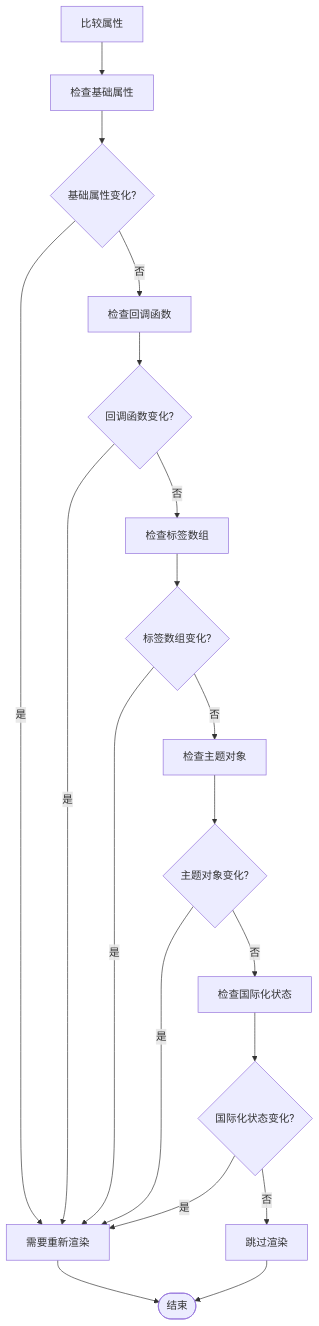
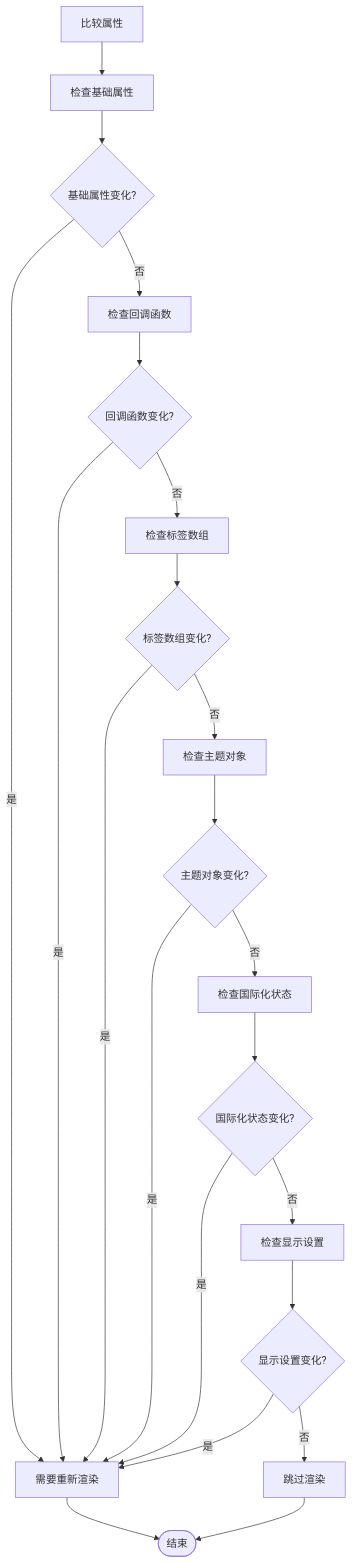
Diagram 11 of 13 in doc/repowiki/zh/content/UI 组件/核心组件/MediaCard 媒体卡片组件.md (YLee9527/Medex), drawn with Mermaid before and after one commit. The commit also changed other lines of this file and 31 other files, not shown here.

First line of the commit message:
docs(doc): 添加部署脚本、锁屏功能、发布指南及设置按钮图标文档

````diff
--- a/doc/repowiki/zh/content/UI 组件/核心组件/MediaCard 媒体卡片组件.md
+++ b/doc/repowiki/zh/content/UI 组件/核心组件/MediaCard 媒体卡片组件.md
@@ -473,21 +695,24 @@
 ```mermaid
 flowchart TD
 CompareProps[比较属性] --> CheckBasic["检查基础属性"]
 CheckBasic --> BasicChanged{"基础属性变化?"}
 BasicChanged --> |是| NeedReRender[需要重新渲染]
 BasicChanged --> |否| CheckCallbacks["检查回调函数"]
 CheckCallbacks --> CallbackChanged{"回调函数变化?"}
 CallbackChanged --> |是| NeedReRender
 CallbackChanged --> |否| CheckTags["检查标签数组"]
 CheckTags --> TagsChanged{"标签数组变化?"}
 TagsChanged --> |是| NeedReRender
 TagsChanged --> |否| CheckTheme["检查主题对象"]
 CheckTheme --> ThemeChanged{"主题对象变化?"}
 ThemeChanged --> |是| NeedReRender
 ThemeChanged --> |否| CheckI18n["检查国际化状态"]
 CheckI18n --> I18nChanged{"国际化状态变化?"}
 I18nChanged --> |是| NeedReRender
-I18nChanged --> |否| SkipRender[跳过渲染]
+I18nChanged --> |否| CheckDisplay["检查显示设置"]
+CheckDisplay --> DisplayChanged{"显示设置变化?"}
+DisplayChanged --> |是| NeedReRender
+DisplayChanged --> |否| SkipRender[跳过渲染]
 NeedReRender --> End([结束])
 SkipRender --> End
 ```
````
